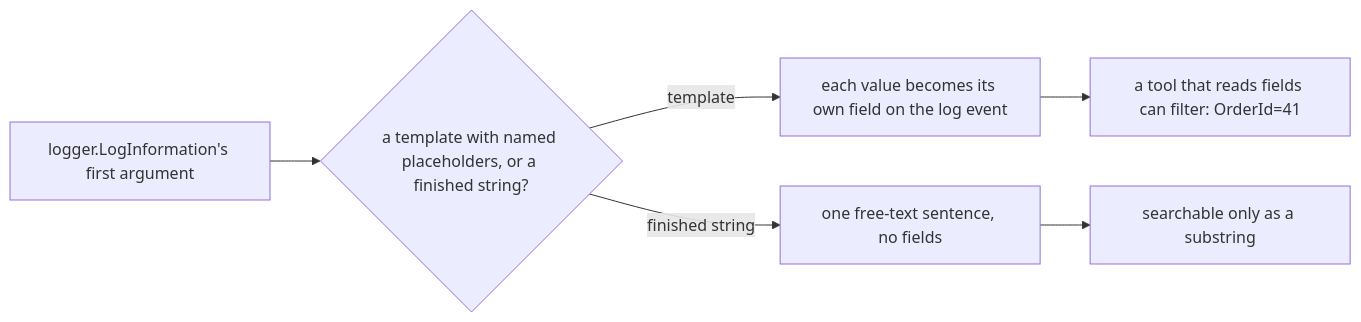
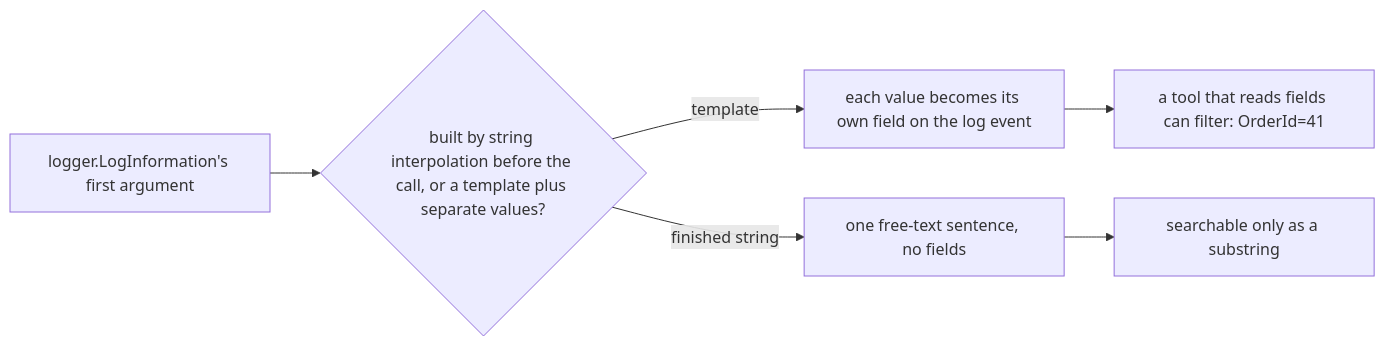
The diagram in content/tracks/backend/validation-errors-logging/backend.l1.structured-logging.en.md (duyan11110/lo-trinh-architect), drawn with Mermaid before and after one commit. The commit also changed other lines of this file and 314 other files, not shown here.

````diff
--- a/content/tracks/backend/validation-errors-logging/backend.l1.structured-logging.en.md
+++ b/content/tracks/backend/validation-errors-logging/backend.l1.structured-logging.en.md
@@ -41,8 +41,8 @@
 ```mermaid
 flowchart LR
-  A[logger.LogInformation's first argument] --> B{a template with named placeholders, or a finished string?}
+  A[logger.LogInformation's first argument] --> B{built by string interpolation before the call, or a template plus separate values?}
   B -->|template| C[each value becomes its own field on the log event]
   C --> D[a tool that reads fields can filter: OrderId=41]
   B -->|finished string| E[one free-text sentence, no fields]
   E --> F[searchable only as a substring]
 ```
````
